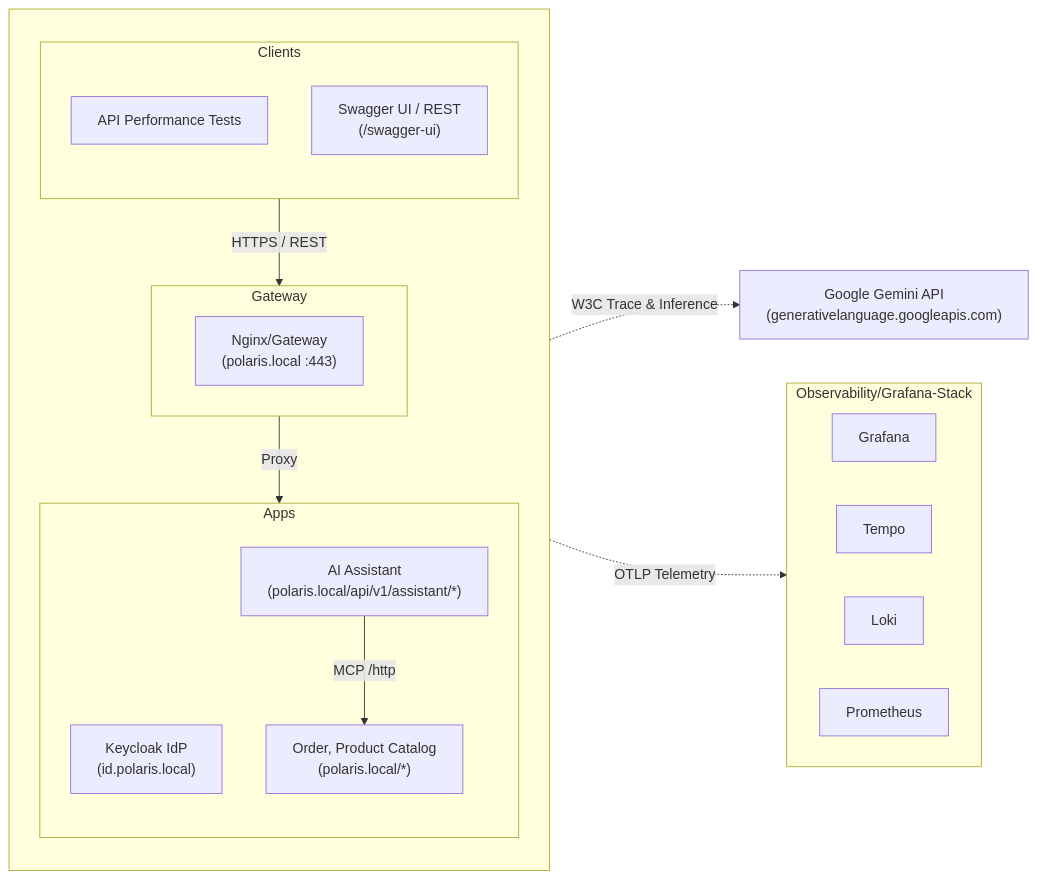
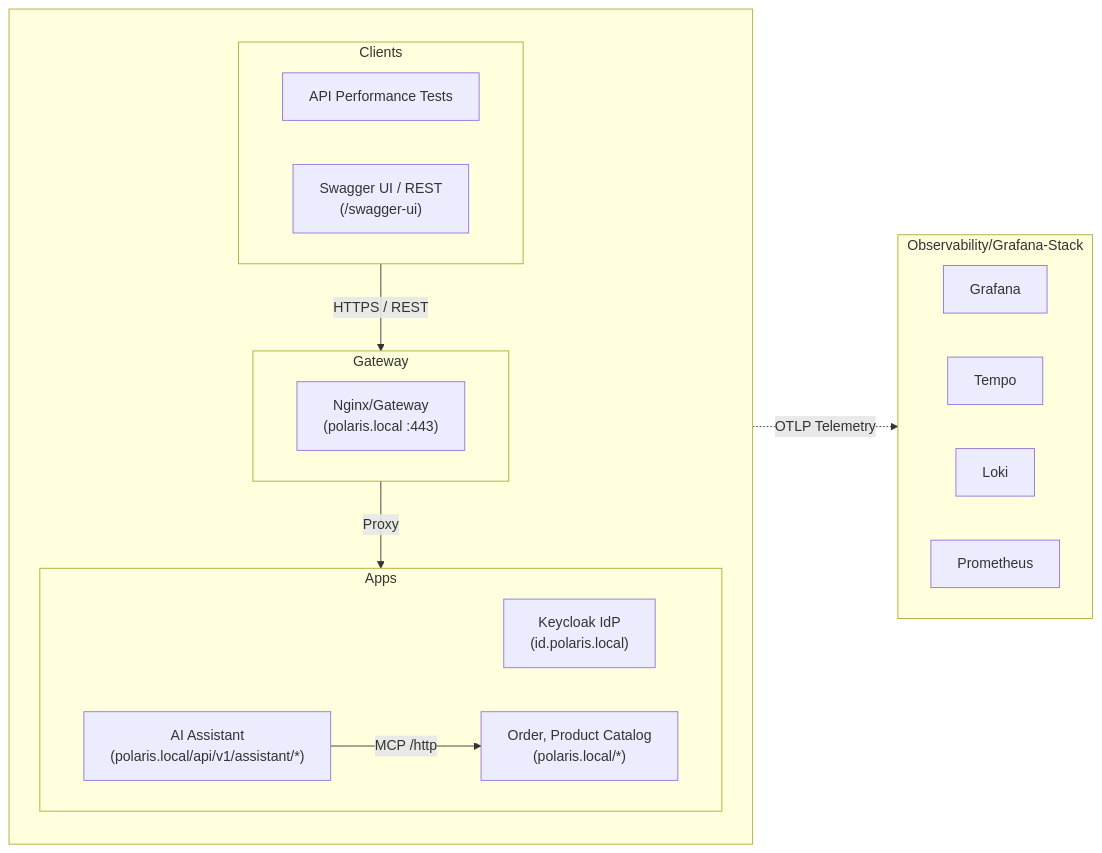
One commit to vungdv/hometask1 changed the diagram in src/java/03-Polaris/README.md. Above: the diagram before and after it, drawn with Mermaid. The commit also changed 8 other files, not shown here.

````diff
--- a/src/java/03-Polaris/README.md
+++ b/src/java/03-Polaris/README.md
@@ -35,32 +35,31 @@
 ```mermaid
 flowchart LR
     subgraph Observability["Observability/Grafana-Stack"]
         direction LR
         Grafana["Grafana"]
         Tempo["Tempo"]
         Loki["Loki"]
         Prometheus["Prometheus"]
     end
     subgraph Main[" "]
         direction TB
         subgraph L1["Clients"]
-            direction TB
+            direction LR
             k6["API Performance Tests"]
             SwaggerUI["Swagger UI / REST<br/>(/swagger-ui)"]
         end
         subgraph L2["Gateway"]
             Nginx["Nginx/Gateway<br/>(polaris.local :443)"]
         end
         subgraph L3["Apps"]
-            direction TB
+            direction LR
             Keycloak["Keycloak IdP<br/>(id.polaris.local)"]
             Polaris-App["Order, Product Catalog<br/>(polaris.local/*)"]
             Polaris-Assistant["AI Assistant<br/>(polaris.local/api/v1/assistant/*)"]
         end
     end
     L1 -->|HTTPS / REST| L2
     L2 -->|Proxy| L3
     Polaris-Assistant -->|MCP /http| Polaris-App
-    Polaris-Assistant -.->|W3C Trace & Inference| Gemini["Google Gemini API<br/>(generativelanguage.googleapis.com)"]
     Main -.->|OTLP Telemetry| Observability
 ```
````
